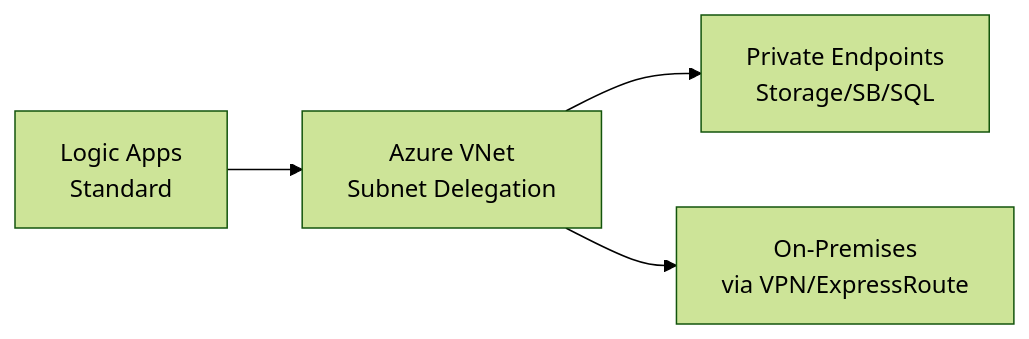
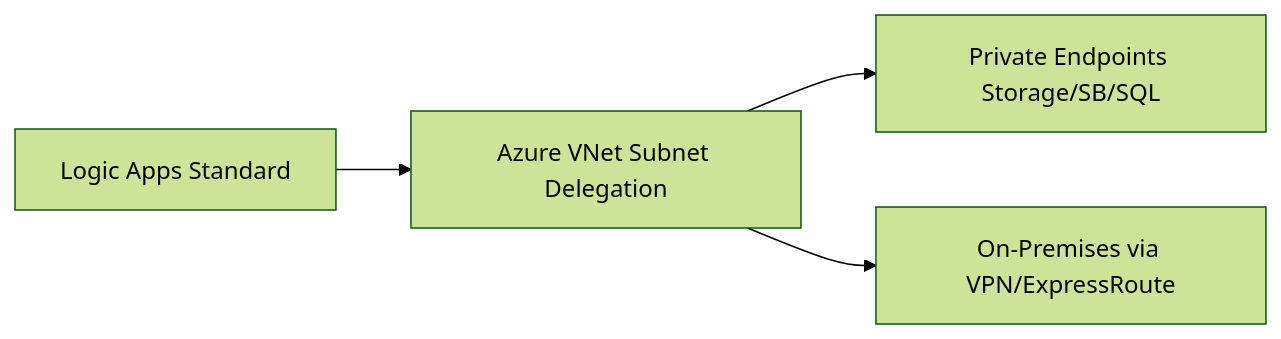
Before and after one commit to SoniiiT/notes-n-docs: the sixth of 6 diagrams in Microsoft 365/Azure/Integration und Messaging/Azure Logic Apps.md, drawn with Mermaid (forest theme). The commit also changed other lines of this file and 124 other files, not shown here.

First line of the commit message:
fix: Entferne \n aus allen Mermaid-Diagrammen (125 Dateien)

````diff
--- a/Microsoft 365/Azure/Integration und Messaging/Azure Logic Apps.md
+++ b/Microsoft 365/Azure/Integration und Messaging/Azure Logic Apps.md
@@ -295,6 +295,6 @@
 ```mermaid
 flowchart LR
-    LA[Logic Apps\nStandard] --> VNet[Azure VNet\nSubnet Delegation]
-    VNet --> PE[Private Endpoints\nStorage/SB/SQL]
-    VNet --> OnP[On-Premises\nvia VPN/ExpressRoute]
+    LA[Logic Apps Standard] --> VNet[Azure VNet Subnet Delegation]
+    VNet --> PE[Private Endpoints Storage/SB/SQL]
+    VNet --> OnP[On-Premises via VPN/ExpressRoute]
 ```
````
